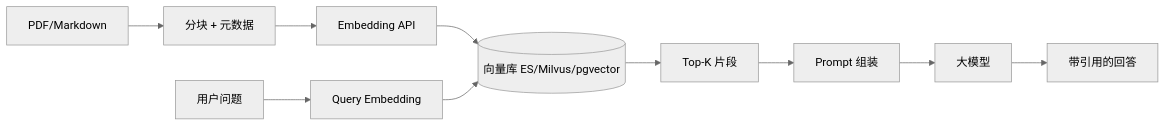
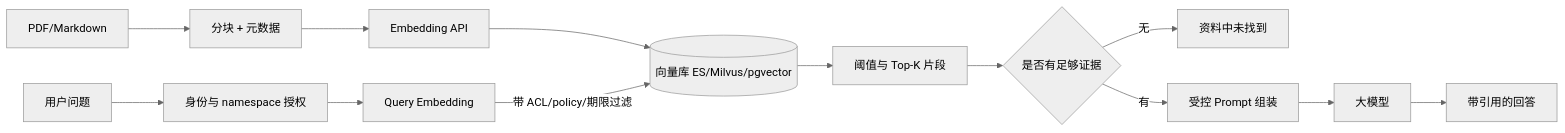
One commit to twodog-tt/Golang-development-manual changed the diagram in docs/topics/10-ai-engineering/S-AI-02-rag-architecture.md. Above: the diagram before and after it, drawn with Mermaid (neutral theme). The commit also changed other lines of this file and 33 other files, not shown here.

````diff
--- a/docs/topics/10-ai-engineering/S-AI-02-rag-architecture.md
+++ b/docs/topics/10-ai-engineering/S-AI-02-rag-architecture.md
@@ -31,12 +32,15 @@
 ```mermaid
 flowchart LR
   Doc[PDF/Markdown] --> Chunk[分块 + 元数据]
   Chunk --> Embed[Embedding API]
   Embed --> VDB[(向量库 ES/Milvus/pgvector)]
-  Q[用户问题] --> QEmbed[Query Embedding]
-  QEmbed --> VDB
-  VDB --> TopK[Top-K 片段]
-  TopK --> Prompt[Prompt 组装]
+  Q[用户问题] --> Auth[身份与 namespace 授权]
+  Auth --> QEmbed[Query Embedding]
+  QEmbed -->|带 ACL/policy/期限过滤| VDB
+  VDB --> TopK[阈值与 Top-K 片段]
+  TopK --> Evidence{是否有足够证据}
+  Evidence -->|无| Refuse[资料中未找到]
+  Evidence -->|有| Prompt[受控 Prompt 组装]
   Prompt --> LLM[大模型]
   LLM --> Ans[带引用的回答]
 ```
````
